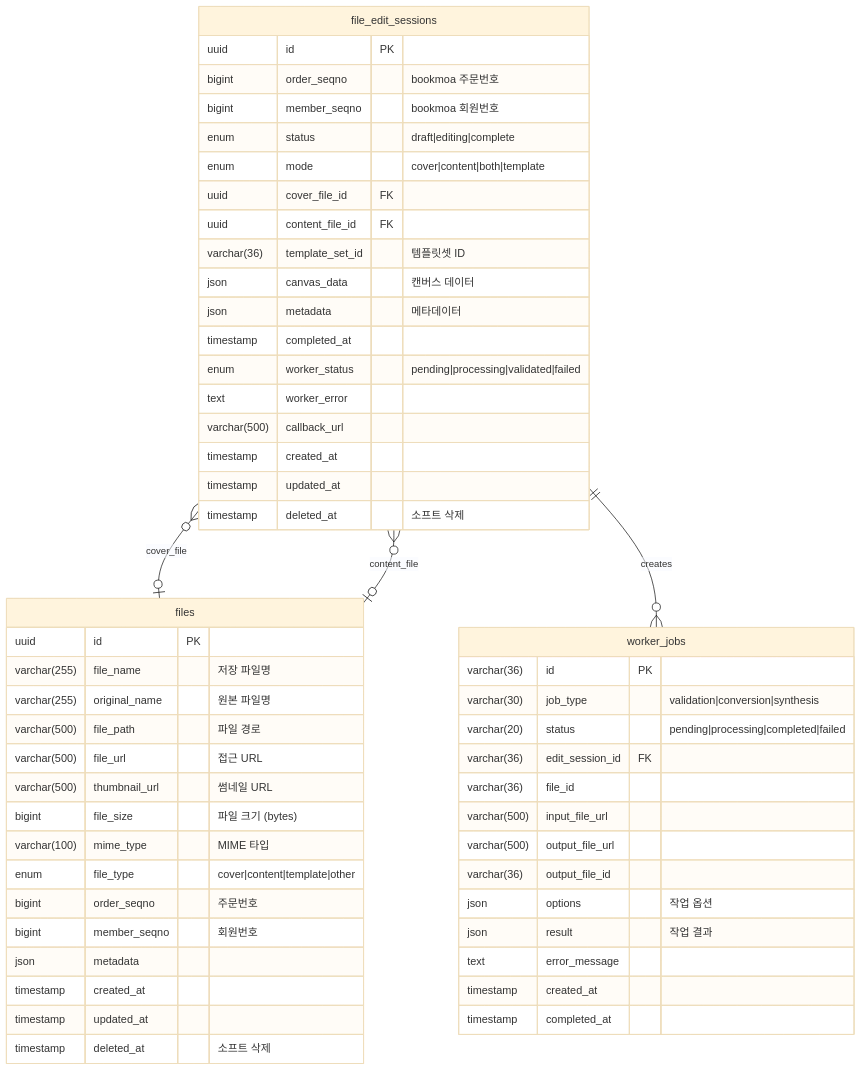
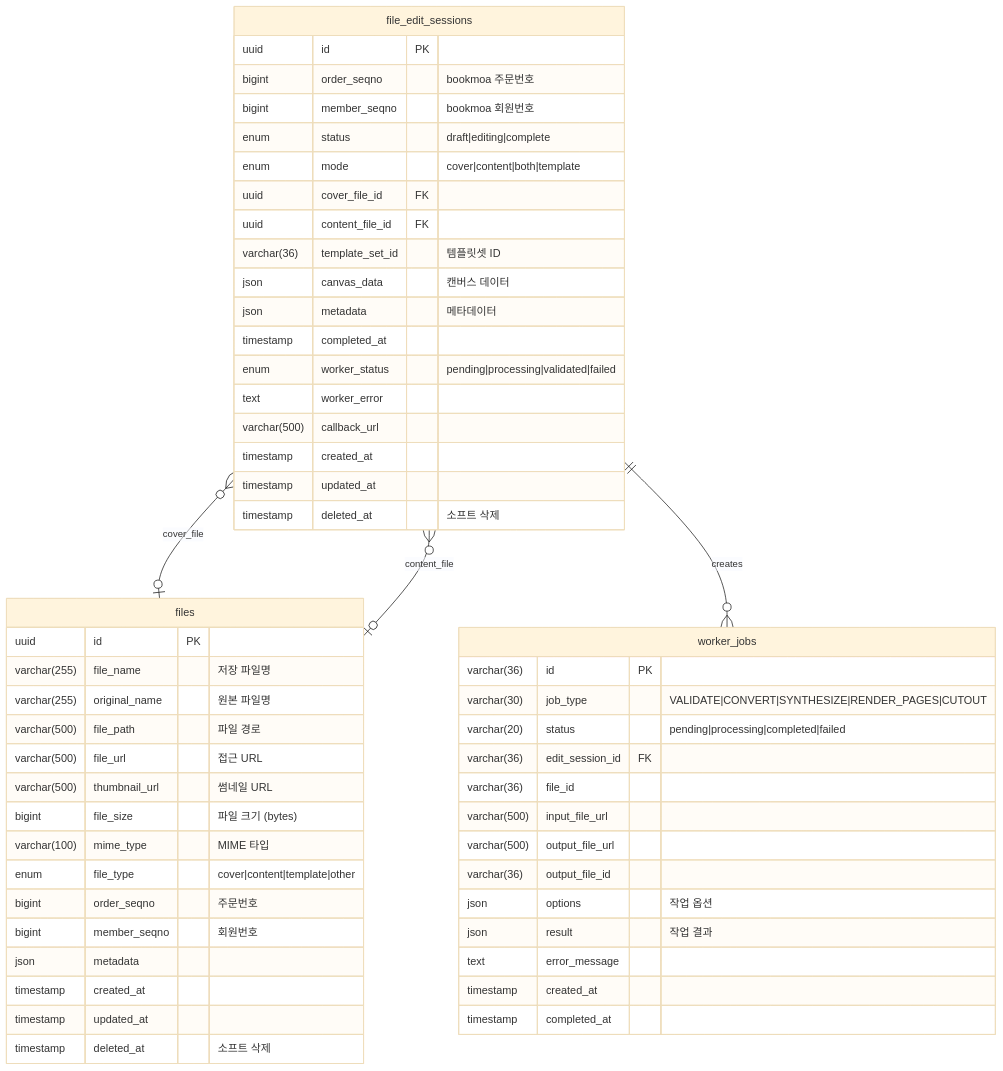
Before and after one commit to papascompany/storige-book-editor: the sixth of 9 diagrams in docs/04_DATABASE_ERD.md, drawn with Mermaid (base theme). The commit also changed 5 other files, not shown here.

````diff
--- a/docs/04_DATABASE_ERD.md
+++ b/docs/04_DATABASE_ERD.md
@@ -278,60 +278,60 @@
 ```mermaid
 erDiagram
     file_edit_sessions {
         uuid id PK
         bigint order_seqno "bookmoa 주문번호"
         bigint member_seqno "bookmoa 회원번호"
         enum status "draft|editing|complete"
         enum mode "cover|content|both|template"
         uuid cover_file_id FK
         uuid content_file_id FK
         varchar(36) template_set_id "템플릿셋 ID"
         json canvas_data "캔버스 데이터"
         json metadata "메타데이터"
         timestamp completed_at
         enum worker_status "pending|processing|validated|failed"
         text worker_error
         varchar(500) callback_url
         timestamp created_at
         timestamp updated_at
         timestamp deleted_at "소프트 삭제"
     }
 
     files {
         uuid id PK
         varchar(255) file_name "저장 파일명"
         varchar(255) original_name "원본 파일명"
         varchar(500) file_path "파일 경로"
         varchar(500) file_url "접근 URL"
         varchar(500) thumbnail_url "썸네일 URL"
         bigint file_size "파일 크기 (bytes)"
         varchar(100) mime_type "MIME 타입"
         enum file_type "cover|content|template|other"
         bigint order_seqno "주문번호"
         bigint member_seqno "회원번호"
         json metadata
         timestamp created_at
         timestamp updated_at
         timestamp deleted_at "소프트 삭제"
     }
 
     worker_jobs {
         varchar(36) id PK
-        varchar(30) job_type "validation|conversion|synthesis"
+        varchar(30) job_type "VALIDATE|CONVERT|SYNTHESIZE|RENDER_PAGES|CUTOUT"
         varchar(20) status "pending|processing|completed|failed"
         varchar(36) edit_session_id FK
         varchar(36) file_id
         varchar(500) input_file_url
         varchar(500) output_file_url
         varchar(36) output_file_id
         json options "작업 옵션"
         json result "작업 결과"
         text error_message
         timestamp created_at
         timestamp completed_at
     }
 
     file_edit_sessions }o--o| files : cover_file
     file_edit_sessions }o--o| files : content_file
     file_edit_sessions ||--o{ worker_jobs : creates
 ```
````
